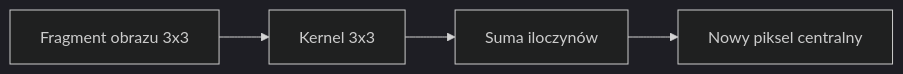
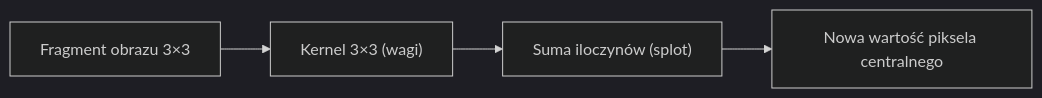
The first of 4 diagrams in lectures/03_filtering_and_blurring.md (zacniewski/digital-image-processing-exercises), drawn with Mermaid (dark theme) before and after one commit. The commit also changed other lines of this file and 6 other files, not shown here.

````diff
--- a/lectures/03_filtering_and_blurring.md
+++ b/lectures/03_filtering_and_blurring.md
@@ -19,6 +41,6 @@
 ```mermaid
 graph LR
-    Input[Fragment obrazu 3x3] --> Kernel[Kernel 3x3]
-    Kernel --> Sum[Suma iloczynów]
-    Sum --> Output[Nowy piksel centralny]
+    Input["Fragment obrazu 3×3"] --> Kernel["Kernel 3×3 (wagi)"]
+    Kernel --> Sum["Suma iloczynów (splot)"]
+    Sum --> Output["Nowa wartość piksela centralnego"]
 ```
````
